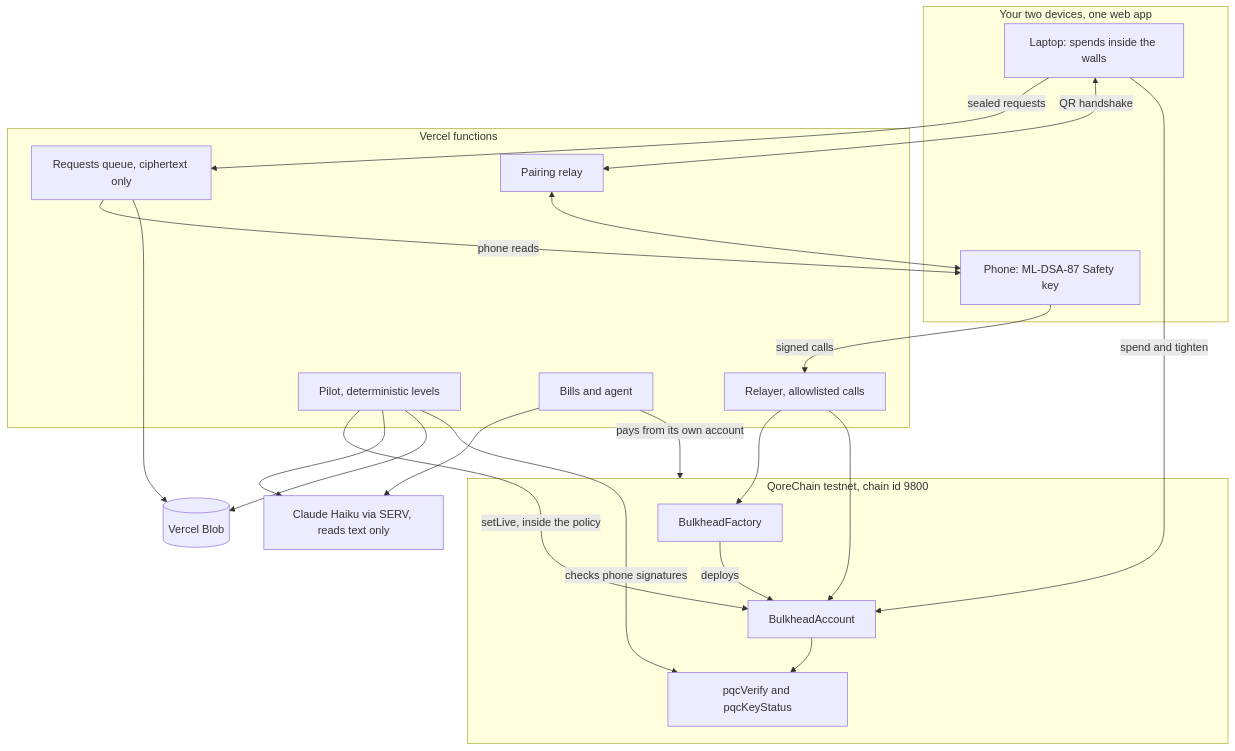
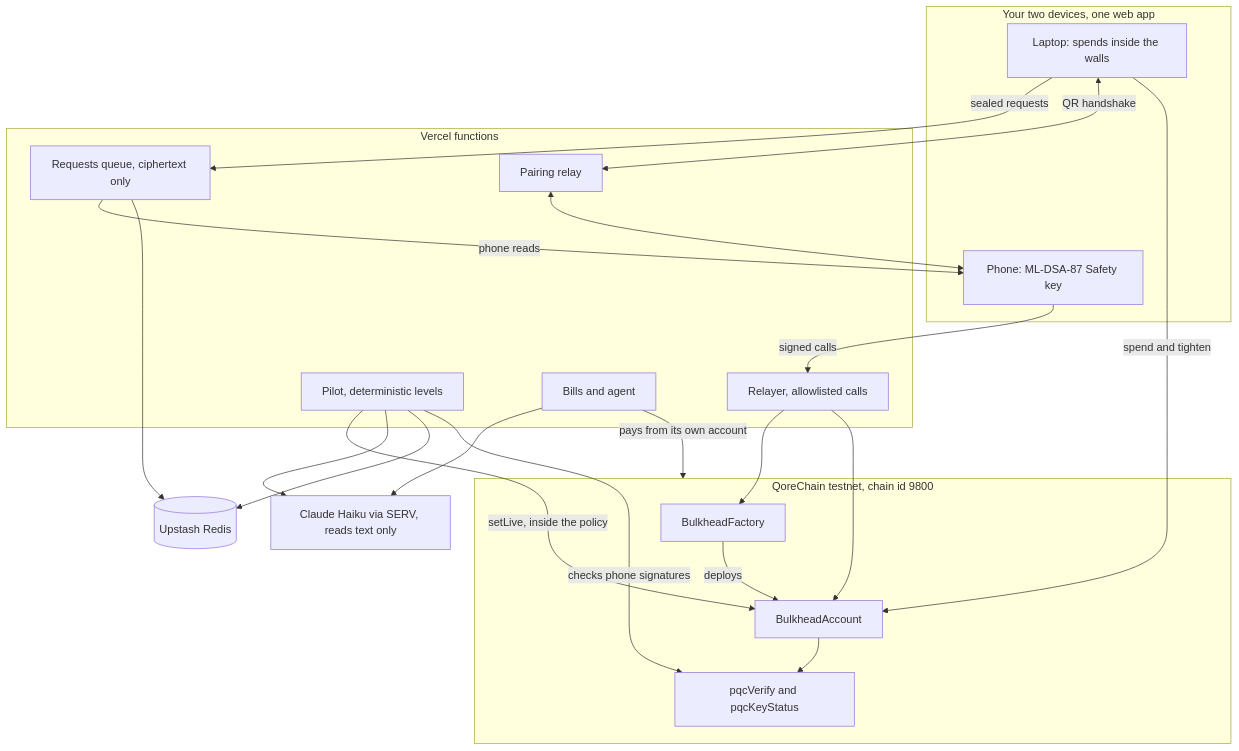
Before and after one commit to CryptoZephyr/bulkhead: the first of 3 diagrams in README.md, drawn with Mermaid. The commit also changed other lines of this file, not shown here.

Commit message:
README: working explorer links, tripwire, round 30, Redis, 52 tests, 5-minute tick

````diff
--- a/README.md
+++ b/README.md
@@ -105,42 +107,42 @@
 ```mermaid
 flowchart TB
     subgraph Devices["Your two devices, one web app"]
         Laptop["Laptop: spends inside the walls"]
         Phone["Phone: ML-DSA-87 Safety key"]
     end
 
     subgraph Server["Vercel functions"]
         Queue["Requests queue, ciphertext only"]
         Relay["Relayer, allowlisted calls"]
         Pilot["Pilot, deterministic levels"]
         Agents["Bills and agent"]
         Pair["Pairing relay"]
     end
 
-    Blob[("Vercel Blob")]
+    Store[("Upstash Redis")]
     Model["Claude Haiku via SERV, reads text only"]
 
     subgraph Chain["QoreChain testnet, chain id 9800"]
         Factory["BulkheadFactory"]
         Account["BulkheadAccount"]
         Pre["pqcVerify and pqcKeyStatus"]
     end
 
     Laptop -->|sealed requests| Queue
     Queue -->|phone reads| Phone
     Laptop <-->|QR handshake| Pair
     Pair <--> Phone
     Phone -->|signed calls| Relay
     Relay --> Factory
     Relay --> Account
     Laptop -->|spend and tighten| Account
     Pilot -->|setLive, inside the policy| Account
     Agents -->|pays from its own account| Chain
     Pilot --> Model
     Agents --> Model
-    Queue --> Blob
-    Pilot --> Blob
+    Queue --> Store
+    Pilot --> Store
     Factory -->|deploys| Account
     Account --> Pre
     Pilot -->|checks phone signatures| Pre
 ```
````
